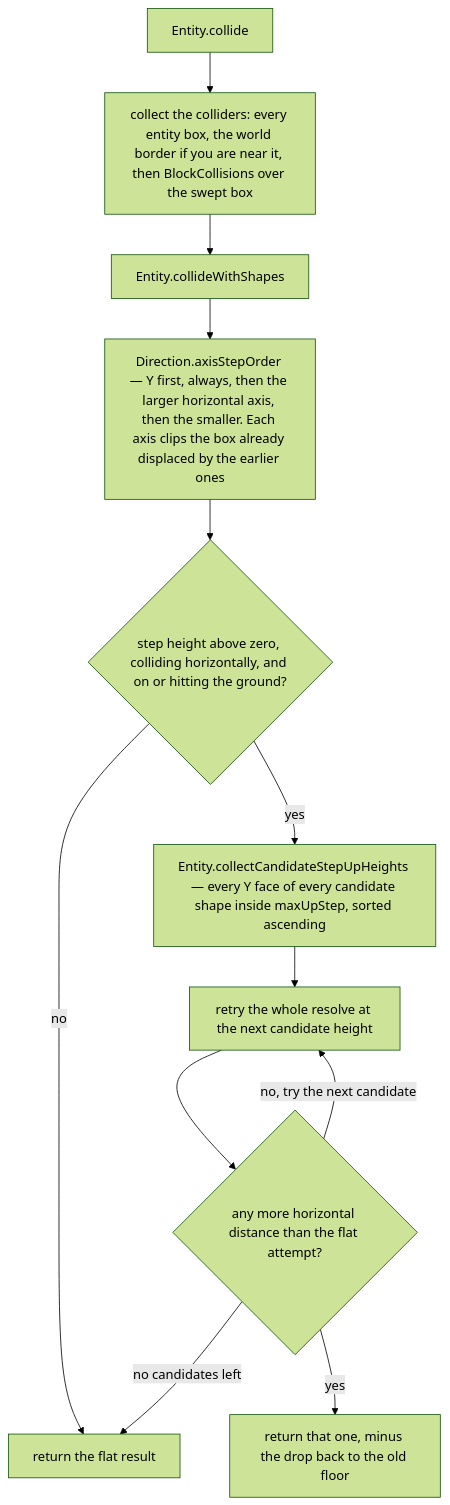
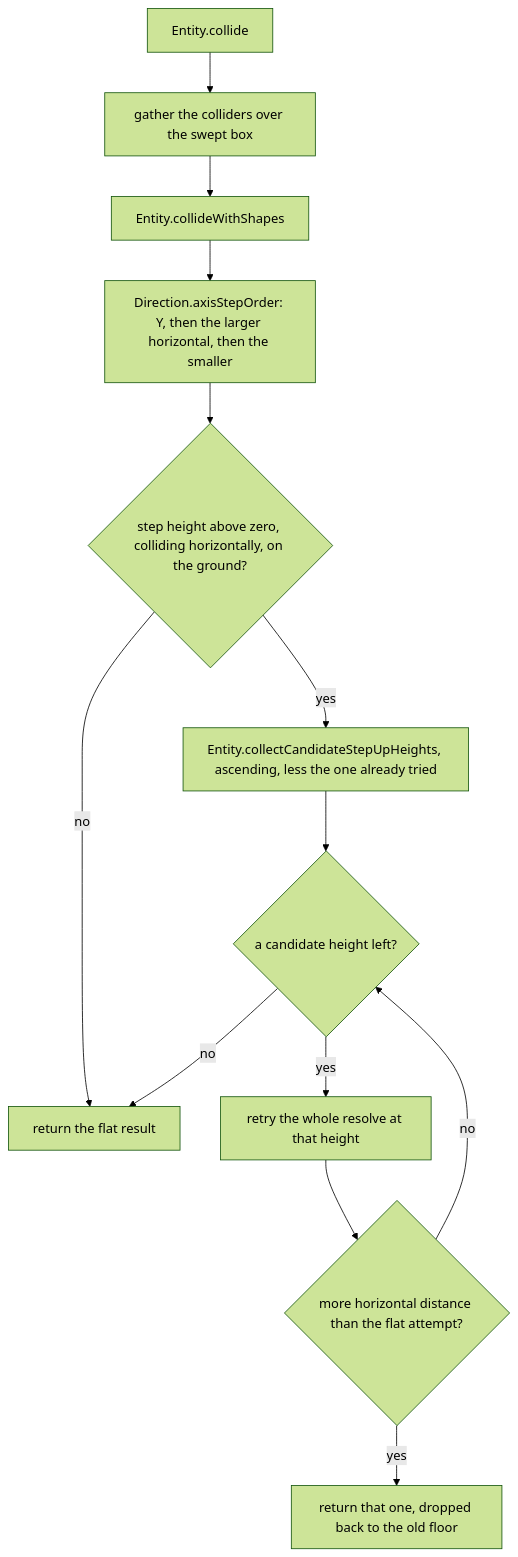
Before and after one commit to AlexanderjFraser/MinecraftDocs: the second of 2 diagrams in src/systems/entities/movement-and-collision.md, drawn with Mermaid (forest theme). The commit also changed other lines of this file and 23 other files, not shown here.

````diff
--- a/src/systems/entities/movement-and-collision.md
+++ b/src/systems/entities/movement-and-collision.md
@@ -169,20 +174,22 @@
 ```mermaid
 flowchart TD
     COLLIDE["Entity.collide"]
-    GATHER["collect the colliders: every entity box, the world border if you are near it, then BlockCollisions over the swept box"]
+    GATHER["gather the colliders over the swept box"]
     RESOLVE["Entity.collideWithShapes"]
-    AXIS["Direction.axisStepOrder — Y first, always, then the larger horizontal axis, then the smaller. Each axis clips the box already displaced by the earlier ones"]
-    TEST{"step height above zero, colliding horizontally, and on or hitting the ground?"}
+    AXIS["Direction.axisStepOrder: Y, then the larger horizontal, then the smaller"]
+    TEST{"step height above zero, colliding horizontally, on the ground?"}
     FLAT["return the flat result"]
-    HEIGHTS["Entity.collectCandidateStepUpHeights — every Y face of every candidate shape inside maxUpStep, sorted ascending"]
-    RETRY["retry the whole resolve at the next candidate height"]
-    MORE{"any more horizontal distance than the flat attempt?"}
-    WIN["return that one, minus the drop back to the old floor"]
+    HEIGHTS["Entity.collectCandidateStepUpHeights, ascending, less the one already tried"]
+    NEXT{"a candidate height left?"}
+    RETRY["retry the whole resolve at that height"]
+    MORE{"more horizontal distance than the flat attempt?"}
+    WIN["return that one, dropped back to the old floor"]
 
     COLLIDE --> GATHER --> RESOLVE --> AXIS --> TEST
-    TEST -- no --> FLAT
-    TEST -- yes --> HEIGHTS --> RETRY --> MORE
-    MORE -- "no, try the next candidate" --> RETRY
-    MORE -- "no candidates left" --> FLAT
-    MORE -- yes --> WIN
+    TEST -- "no" --> FLAT
+    TEST -- "yes" --> HEIGHTS --> NEXT
+    NEXT -- "no" --> FLAT
+    NEXT -- "yes" --> RETRY --> MORE
+    MORE -- "no" --> NEXT
+    MORE -- "yes" --> WIN
 ```
````
